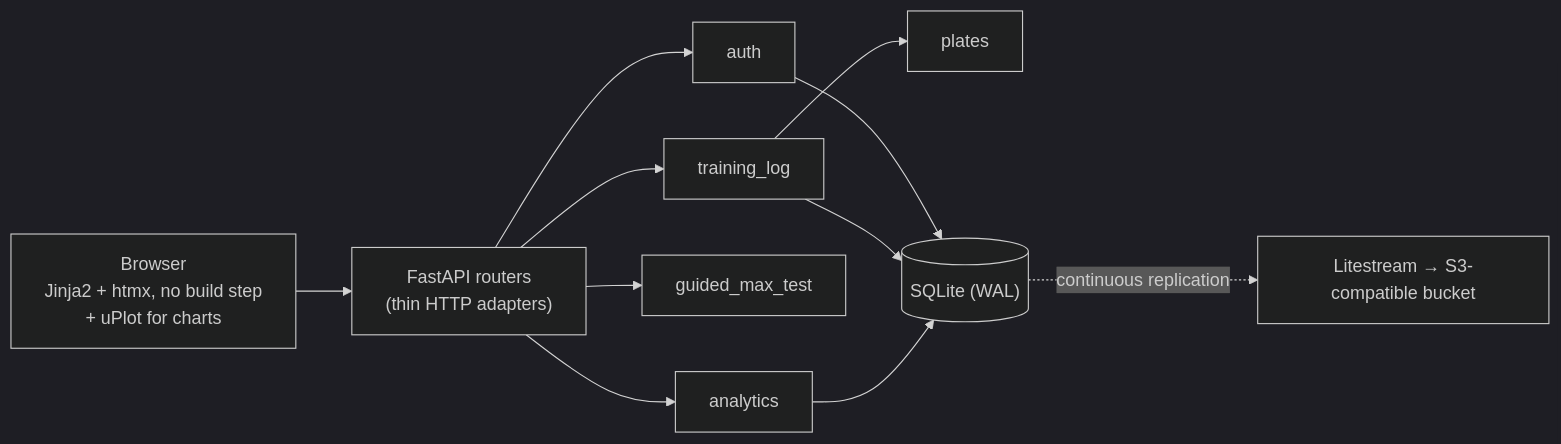
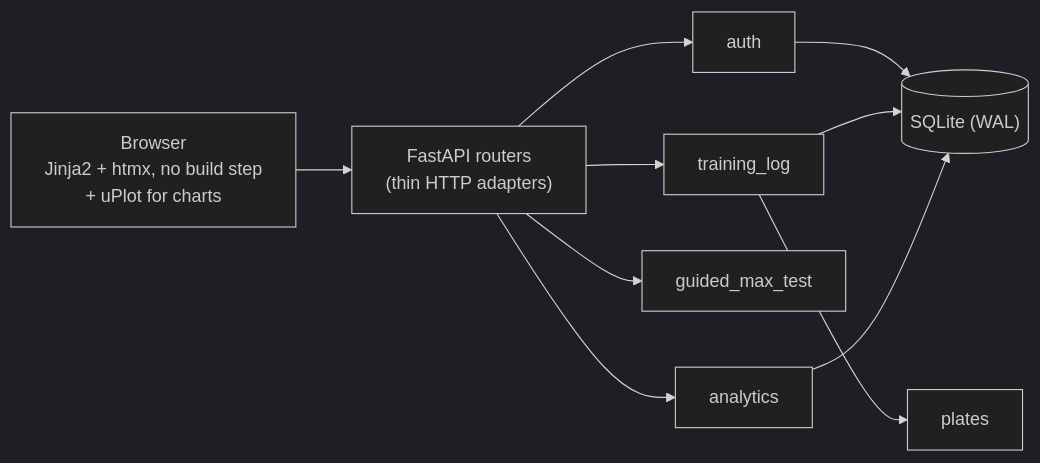
Before and after one commit to lboehme/griptrack: the diagram in README.md, drawn with Mermaid (dark theme). The commit also changed other lines of this file and 22 other files, not shown here.

````diff
--- a/README.md
+++ b/README.md
@@ -128,13 +128,12 @@
 ```mermaid
 flowchart LR
     B["Browser<br/>Jinja2 + htmx, no build step<br/>+ uPlot for charts"] --> R["FastAPI routers<br/>(thin HTTP adapters)"]
     R --> AU[auth]
     R --> TL[training_log]
     R --> GM[guided_max_test]
     R --> AN[analytics]
     TL --> PL[plates]
     AU --> DB[("SQLite (WAL)")]
     TL --> DB
     AN --> DB
-    DB -. continuous replication .-> LS["Litestream → S3-compatible bucket"]
 ```
````
